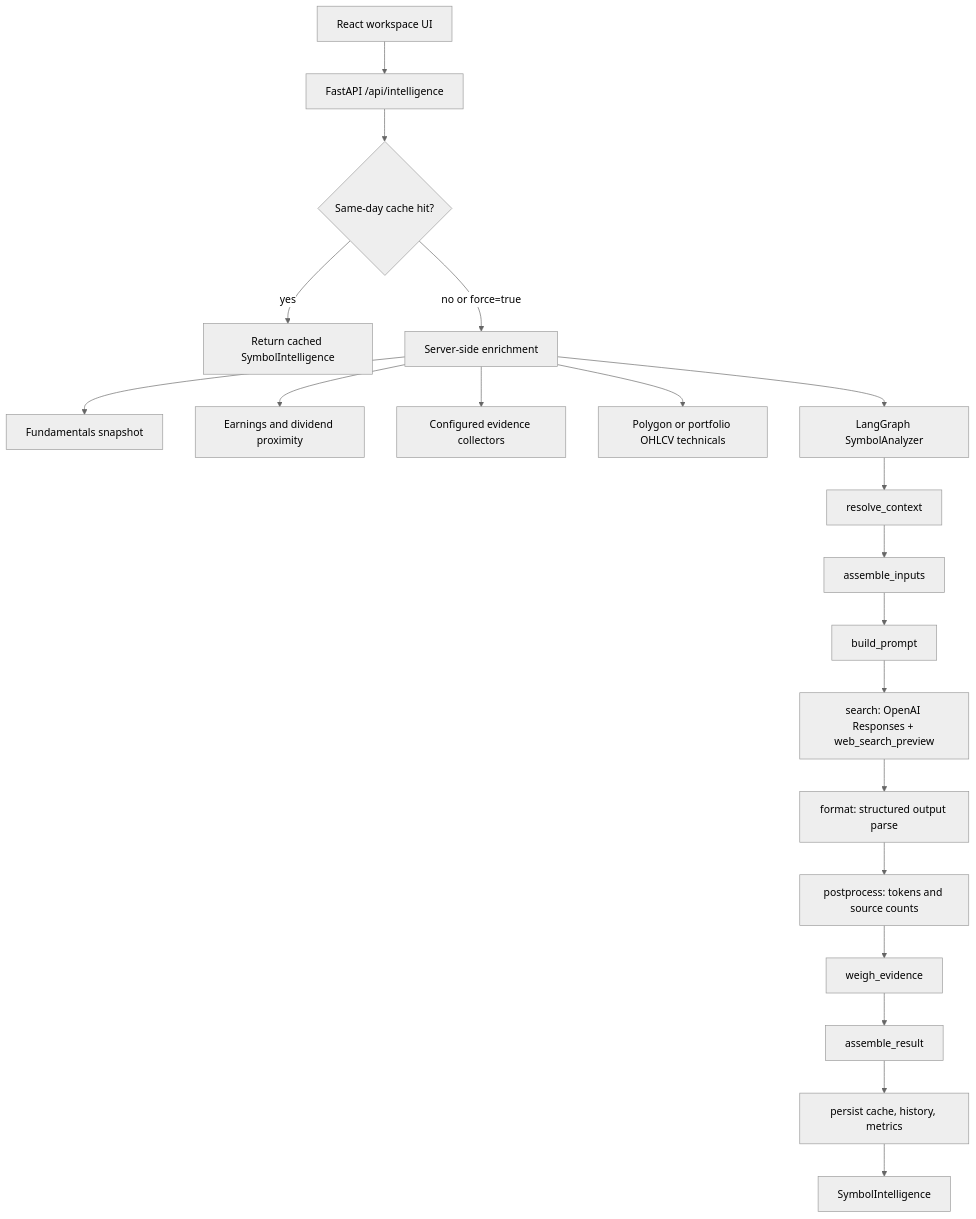
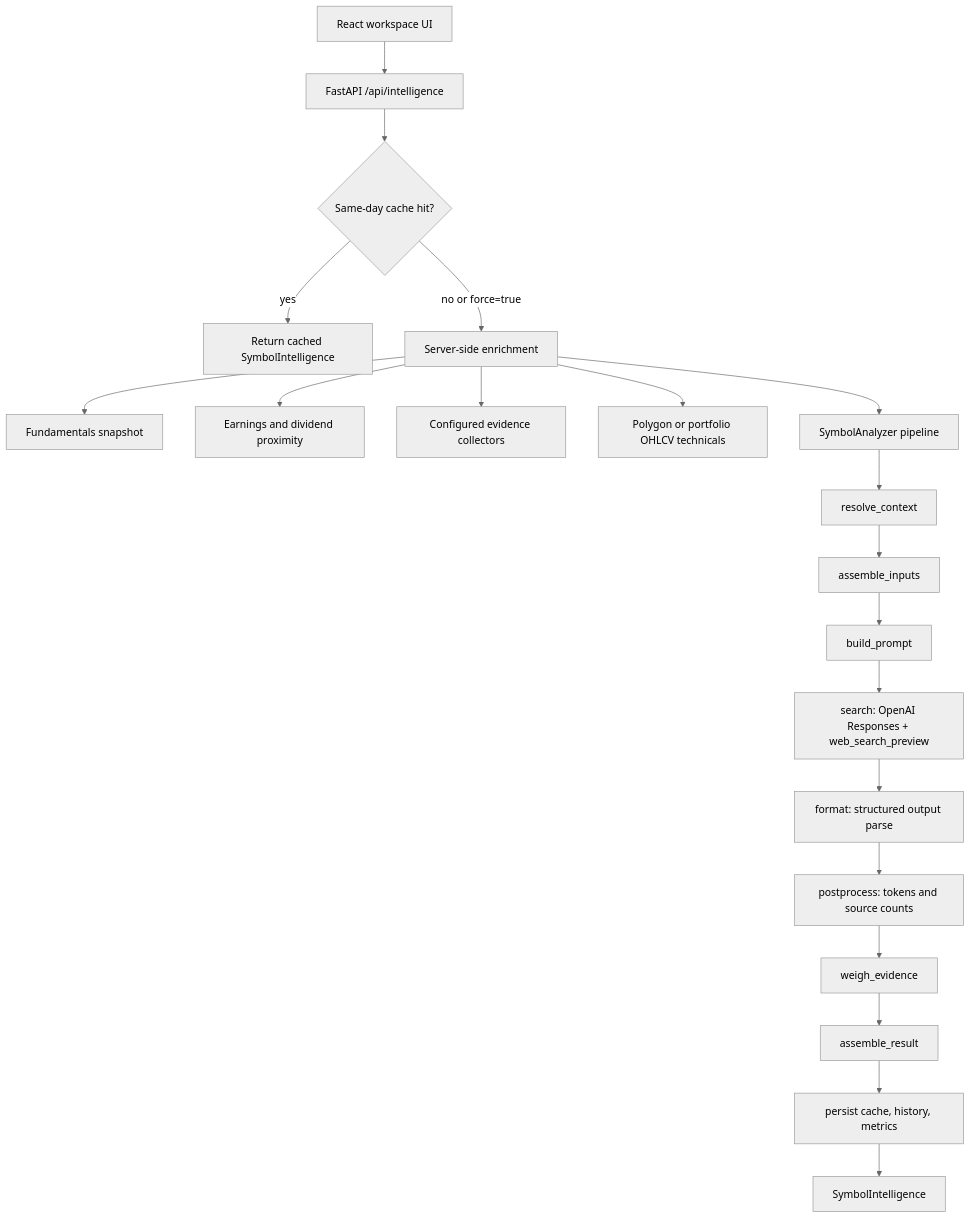
The first of 4 diagrams in src/swing_screener/intelligence/README.md (matteolongo/swing_screener), drawn with Mermaid (neutral theme) before and after one commit. The commit also changed other lines of this file and 112 other files, not shown here.

````diff
--- a/src/swing_screener/intelligence/README.md
+++ b/src/swing_screener/intelligence/README.md
@@ -49,24 +49,24 @@
 ```mermaid
 flowchart TD
   UI[React workspace UI] --> API[FastAPI /api/intelligence]
   API --> Cache{Same-day cache hit?}
   Cache -->|yes| Cached[Return cached SymbolIntelligence]
   Cache -->|no or force=true| Enrich[Server-side enrichment]
 
   Enrich --> Fundamentals[Fundamentals snapshot]
   Enrich --> Earnings[Earnings and dividend proximity]
   Enrich --> Evidence[Configured evidence collectors]
   Enrich --> Prices[Polygon or portfolio OHLCV technicals]
-  Enrich --> Graph[LangGraph SymbolAnalyzer]
+  Enrich --> Graph[SymbolAnalyzer pipeline]
 
   Graph --> Resolve[resolve_context]
   Resolve --> Inputs[assemble_inputs]
   Inputs --> Prompt[build_prompt]
   Prompt --> Search[search: OpenAI Responses + web_search_preview]
   Search --> Format[format: structured output parse]
   Format --> Postprocess[postprocess: tokens and source counts]
   Postprocess --> Weigh[weigh_evidence]
   Weigh --> Assemble[assemble_result]
   Assemble --> Persist[persist cache, history, metrics]
   Persist --> Result[SymbolIntelligence]
 ```
````
